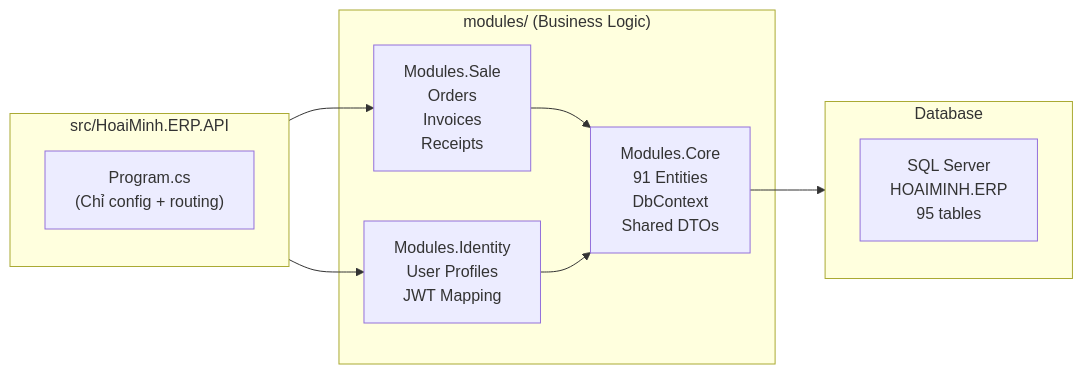
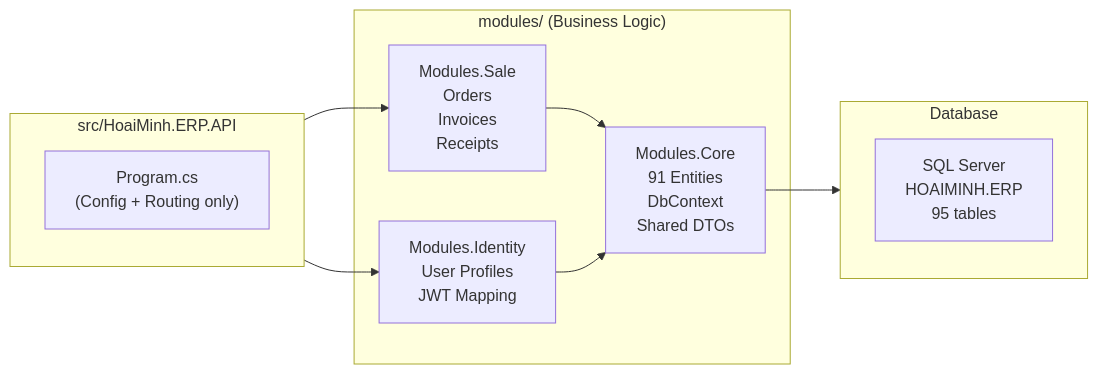
The diagram in .agent/projects/hoaiminh/domain/10-project-architecture.md (PuYet1224/Capstone-ERP-BA), drawn with Mermaid before and after one commit. The commit also changed other lines of this file and 32 other files, not shown here.

````diff
--- a/.agent/projects/hoaiminh/domain/10-project-architecture.md
+++ b/.agent/projects/hoaiminh/domain/10-project-architecture.md
@@ -56,22 +56,22 @@
 ```mermaid
 flowchart LR
     subgraph API["src/HoaiMinh.ERP.API"]
-        P["Program.cs\n(Chỉ config + routing)"]
+        P["Program.cs\n(Config + Routing only)"]
     end
     
     subgraph Modules["modules/ (Business Logic)"]
         CORE["Modules.Core\n91 Entities\nDbContext\nShared DTOs"]
         SALE["Modules.Sale\nOrders\nInvoices\nReceipts"]
         IDENT["Modules.Identity\nUser Profiles\nJWT Mapping"]
     end
     
     subgraph DB["Database"]
         SQL["SQL Server\nHOAIMINH.ERP\n95 tables"]
     end
     
     API --> SALE
     API --> IDENT
     SALE --> CORE
     IDENT --> CORE
     CORE --> DB
 ```
````
